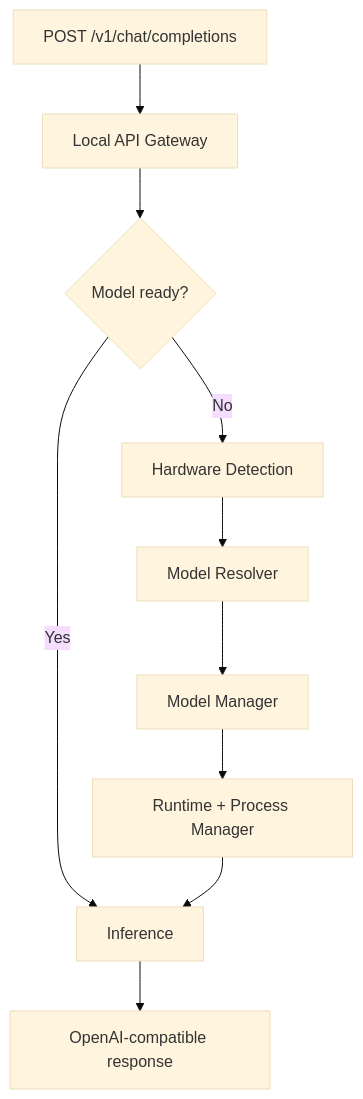
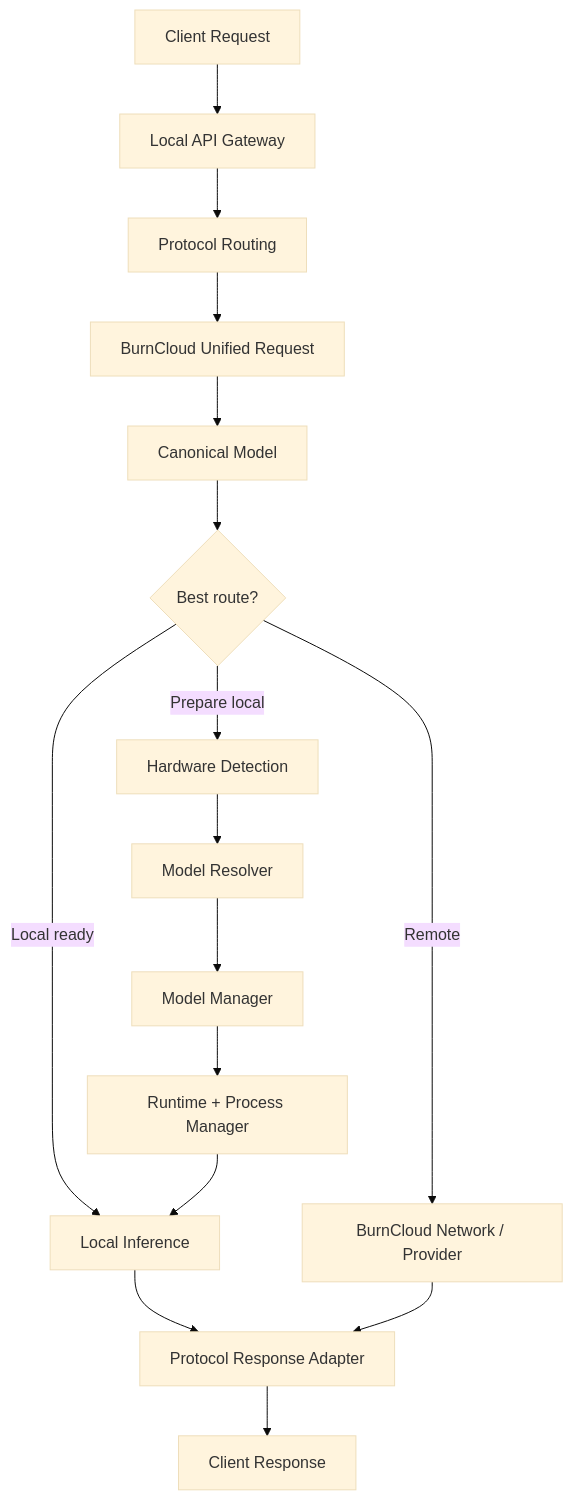
Before and after one commit to burncloud/burncloud.github.io: the second of 2 diagrams in site/manual-docs/burncloud-node/index.md, drawn with Mermaid (base theme). The commit also changed other lines of this file and 6 other files, not shown here.

First line of the commit message:
docs: add BurnCloud protocol routing architecture

````diff
--- a/site/manual-docs/burncloud-node/index.md
+++ b/site/manual-docs/burncloud-node/index.md
@@ -36,12 +40,18 @@
 ```mermaid
 flowchart TD
-    A["POST /v1/chat/completions"] --> B["Local API Gateway"]
-    B --> C{"Model ready?"}
-    C -->|Yes| H["Inference"]
-    C -->|No| D["Hardware Detection"]
-    D --> E["Model Resolver"]
-    E --> F["Model Manager"]
-    F --> G["Runtime + Process Manager"]
-    G --> H
-    H --> I["OpenAI-compatible response"]
+    A["Client Request"] --> B["Local API Gateway"]
+    B --> C["Protocol Routing"]
+    C --> D["BurnCloud Unified Request"]
+    D --> E["Canonical Model"]
+    E --> F{"Best route?"}
+    F -->|Local ready| L["Local Inference"]
+    F -->|Prepare local| H["Hardware Detection"]
+    H --> I["Model Resolver"]
+    I --> J["Model Manager"]
+    J --> K["Runtime + Process Manager"]
+    K --> L
+    F -->|Remote| N["BurnCloud Network / Provider"]
+    L --> R["Protocol Response Adapter"]
+    N --> R
+    R --> Z["Client Response"]
 ```
````
